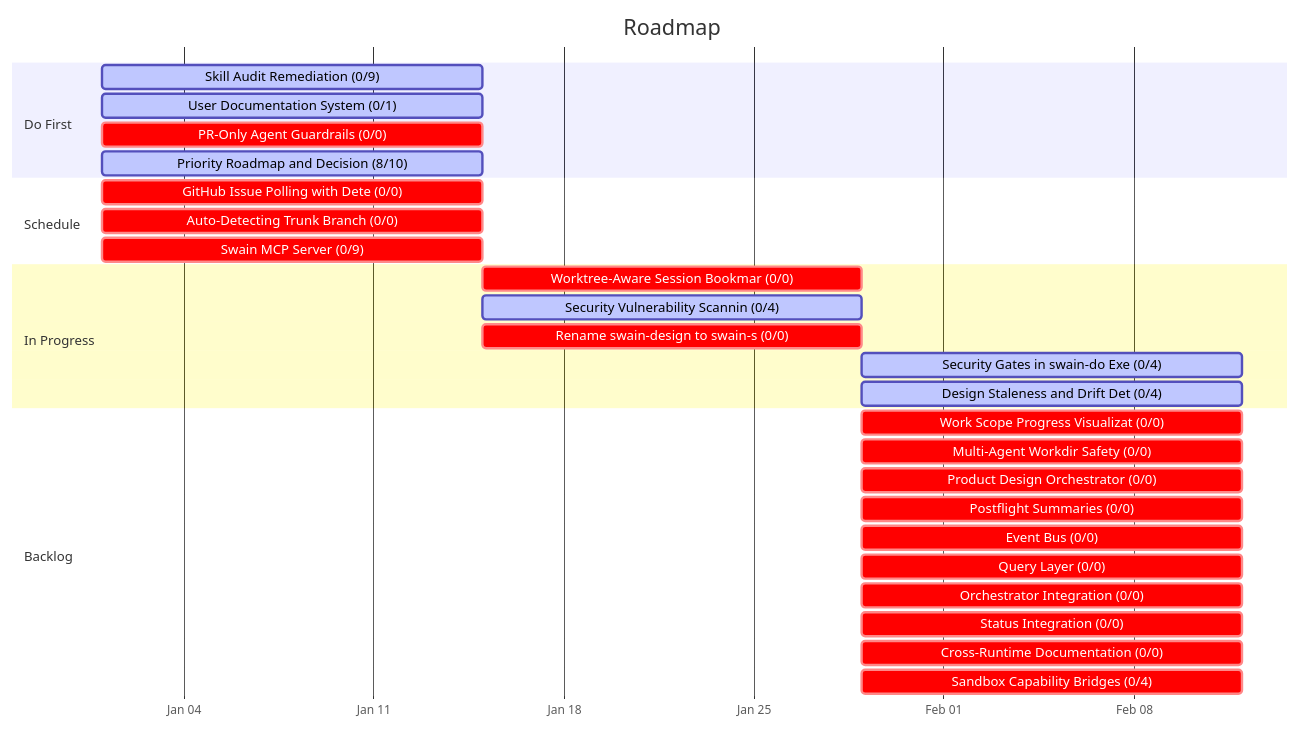
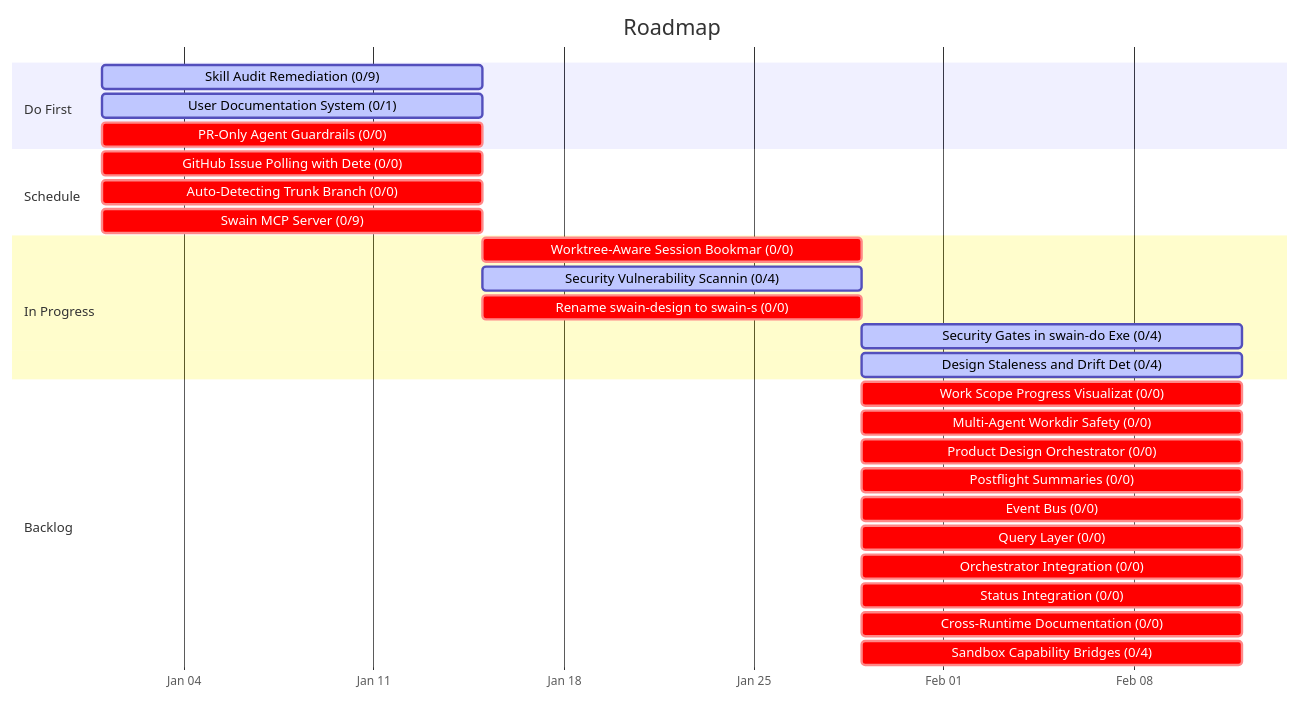
Before and after one commit to cristoslc/swain: the first of 2 diagrams in ROADMAP.md, drawn with Mermaid. The commit also changed other lines of this file and 1 other file, not shown here.

Commit message:
docs(EPIC-038): retire from roadmap — epic complete
Remove EPIC-038 (Priority Roadmap and Decision Surface) from the Do First
section, Gantt chart, and priority matrix quadrant now that it has reached
its terminal state. Update quadrant.png to reflect the revised active set.

````diff
--- a/ROADMAP.md
+++ b/ROADMAP.md
@@ -57,33 +56,32 @@
 ```mermaid
 gantt
     title Roadmap
     dateFormat YYYY-MM-DD
     axisFormat %b %d
     tickInterval 1week
     section Do First
     Skill Audit Remediation (0/9) :active, t0, 2026-01-01, 14d
     User Documentation System (0/1) :active, t1, 2026-01-01, 14d
     PR-Only Agent Guardrails (0/0) :crit, t2, 2026-01-01, 14d
-    Priority Roadmap and Decision  (8/10) :active, t3, 2026-01-01, 14d
     section Schedule
-    GitHub Issue Polling with Dete (0/0) :crit, t4, 2026-01-01, 14d
-    Auto-Detecting Trunk Branch (0/0) :crit, t5, 2026-01-01, 14d
-    Swain MCP Server (0/9) :crit, t6, 2026-01-01, 14d
+    GitHub Issue Polling with Dete (0/0) :crit, t3, 2026-01-01, 14d
+    Auto-Detecting Trunk Branch (0/0) :crit, t4, 2026-01-01, 14d
+    Swain MCP Server (0/9) :crit, t5, 2026-01-01, 14d
     section In Progress
-    Worktree-Aware Session Bookmar (0/0) :crit, t7, 2026-01-15, 14d
-    Security Vulnerability Scannin (0/4) :active, t8, 2026-01-15, 14d
-    Rename swain-design to swain-s (0/0) :crit, t9, 2026-01-15, 14d
-    Security Gates in swain-do Exe (0/4) :active, t10, after t8, 14d
-    Design Staleness and Drift Det (0/4) :active, t11, 2026-01-29, 14d
+    Worktree-Aware Session Bookmar (0/0) :crit, t6, 2026-01-15, 14d
+    Security Vulnerability Scannin (0/4) :active, t7, 2026-01-15, 14d
+    Rename swain-design to swain-s (0/0) :crit, t8, 2026-01-15, 14d
+    Security Gates in swain-do Exe (0/4) :active, t9, after t7, 14d
+    Design Staleness and Drift Det (0/4) :active, t10, 2026-01-29, 14d
     section Backlog
-    Work Scope Progress Visualizat (0/0) :crit, t12, 2026-01-29, 14d
-    Multi-Agent Workdir Safety (0/0) :crit, t13, 2026-01-29, 14d
-    Product Design Orchestrator (0/0) :crit, t14, after t9, 14d
-    Postflight Summaries (0/0) :crit, t15, 2026-01-29, 14d
-    Event Bus (0/0) :crit, t16, 2026-01-29, 14d
-    Query Layer (0/0) :crit, t17, 2026-01-29, 14d
-    Orchestrator Integration (0/0) :crit, t18, 2026-01-29, 14d
-    Status Integration (0/0) :crit, t19, 2026-01-29, 14d
-    Cross-Runtime Documentation (0/0) :crit, t20, 2026-01-29, 14d
-    Sandbox Capability Bridges (0/4) :crit, t21, after t7, 14d
+    Work Scope Progress Visualizat (0/0) :crit, t11, 2026-01-29, 14d
+    Multi-Agent Workdir Safety (0/0) :crit, t12, 2026-01-29, 14d
+    Product Design Orchestrator (0/0) :crit, t13, after t8, 14d
+    Postflight Summaries (0/0) :crit, t14, 2026-01-29, 14d
+    Event Bus (0/0) :crit, t15, 2026-01-29, 14d
+    Query Layer (0/0) :crit, t16, 2026-01-29, 14d
+    Orchestrator Integration (0/0) :crit, t17, 2026-01-29, 14d
+    Status Integration (0/0) :crit, t18, 2026-01-29, 14d
+    Cross-Runtime Documentation (0/0) :crit, t19, 2026-01-29, 14d
+    Sandbox Capability Bridges (0/4) :crit, t20, after t6, 14d
 ```
````
